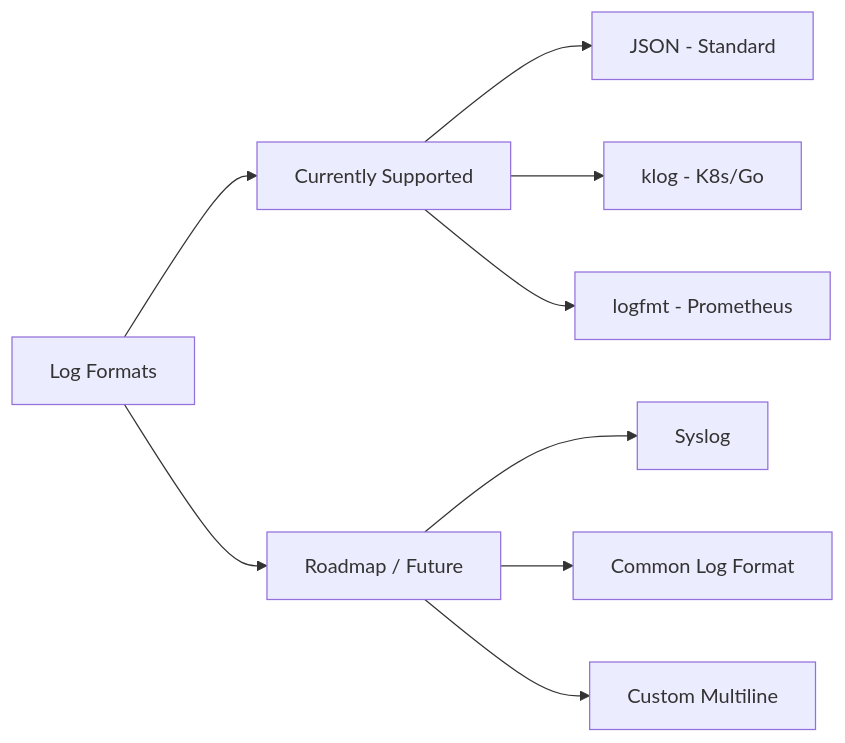
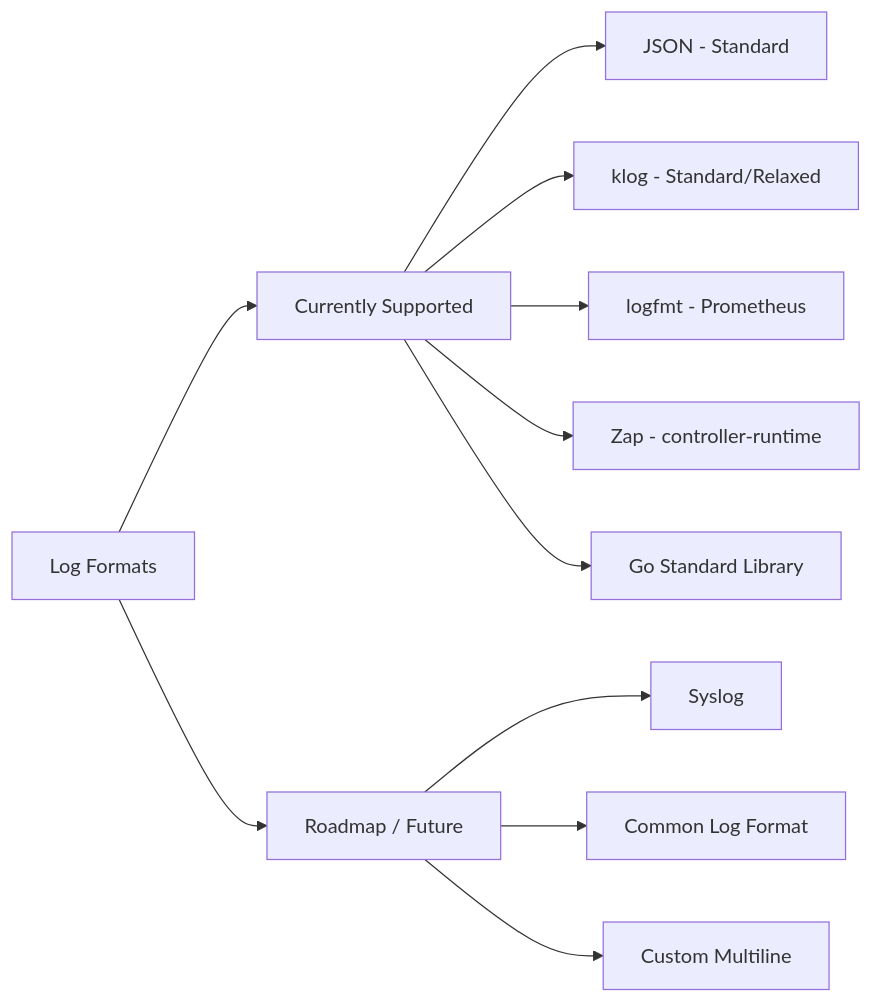
The second of 2 diagrams in README.md (AyushGupta1-2-3/apigee-hybrid-custom-logger), drawn with Mermaid before and after one commit. The commit also changed other lines of this file and 1 other file, not shown here.

Commit message:
docs: include Zap and Go Standard Library log formats in supported lists

````diff
--- a/README.md
+++ b/README.md
@@ -61,13 +61,15 @@
 ```mermaid
 graph LR
     F[Log Formats] --> S[Currently Supported]
     F --> R[Roadmap / Future]
     
     S --> J[JSON - Standard]
-    S --> K[klog - K8s/Go]
+    S --> K[klog - Standard/Relaxed]
     S --> L[logfmt - Prometheus]
+    S --> Z[Zap - controller-runtime]
+    S --> G[Go Standard Library]
     
     R --> SY[Syslog]
     R --> CL[Common Log Format]
     R --> ML[Custom Multiline]
 ```
````
